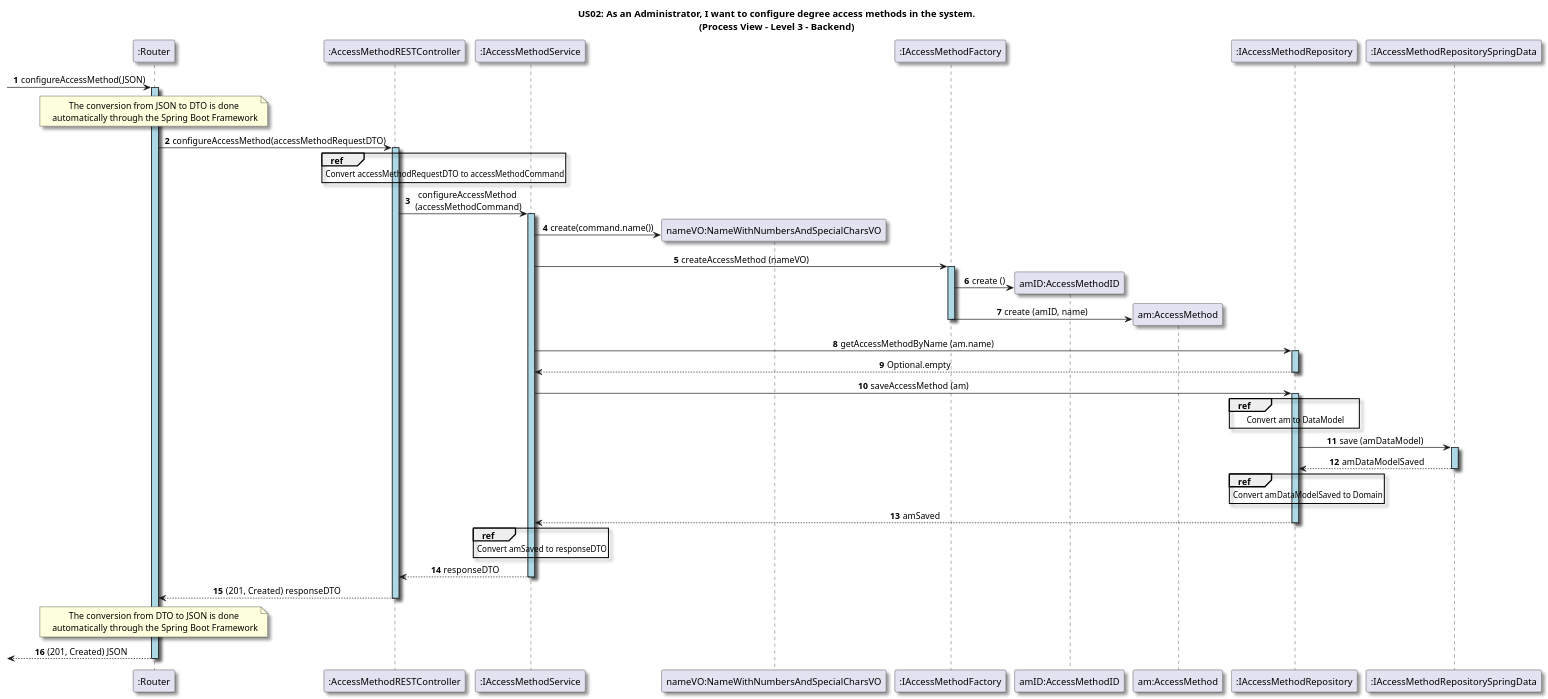
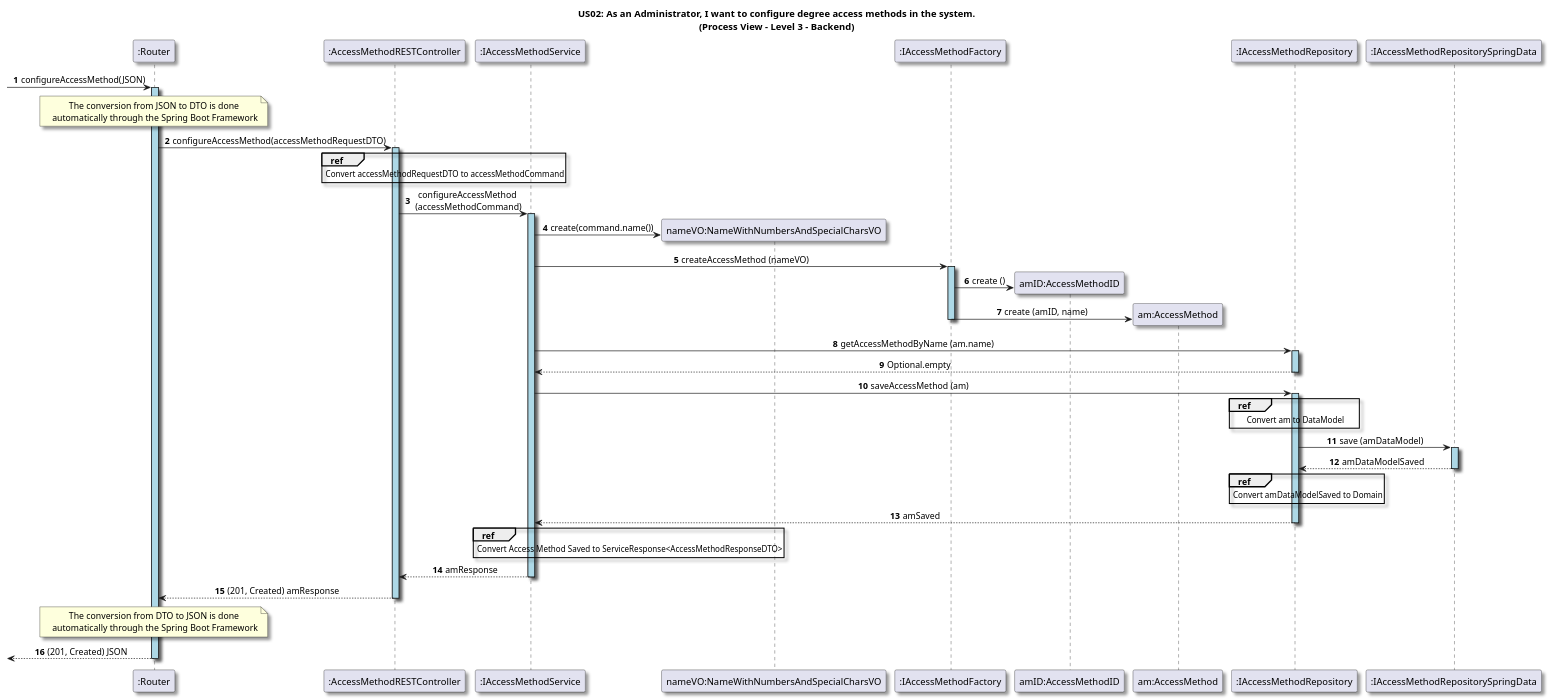
Before and after one commit to GasparISEP/DevOps-PAI: the diagram in docs/US02/Sprint6_RestAPI/ProcessView/Level3.puml, drawn with PlantUML.

Commit message:
docs (diagram): Update a process view diagram at level 3 granularity to configureAccessMethod functionality (#554, #538)

```diff
--- a/docs/US02/Sprint6_RestAPI/ProcessView/Level3.puml
+++ b/docs/US02/Sprint6_RestAPI/ProcessView/Level3.puml
@@ -1,85 +1,85 @@
 @startuml
 
 title US02: As an Administrator, I want to configure degree access methods in the system.\n(Process View - Level 3 - Backend)
 
 skinparam defaultTextAlignment center
 skinparam shadowing true
 
 
 autonumber
 
 participant ":Router" as router
 -> router: configureAccessMethod(JSON)
 activate router #LightBlue
 note over router: The conversion from JSON to DTO is done\n automatically through the Spring Boot Framework
 
 participant ":AccessMethodRESTController" as Controller
 router -> Controller: configureAccessMethod(accessMethodRequestDTO)
 activate Controller #LightBlue
 
 ref over Controller
     Convert accessMethodRequestDTO to accessMethodCommand
 end
 
 participant ":IAccessMethodService" as service
 Controller -> service: configureAccessMethod\n (accessMethodCommand)
 activate service #LightBlue
 
 create "nameVO:NameWithNumbersAndSpecialCharsVO"
 service -> "nameVO:NameWithNumbersAndSpecialCharsVO": create(command.name())
 
 participant ":IAccessMethodFactory" as Factory
 service -> Factory: createAccessMethod (nameVO)
 activate Factory #LightBlue 
 
 create "amID:AccessMethodID"
 Factory -> "amID:AccessMethodID": create ()
 
 create "am:AccessMethod"
 Factory -> "am:AccessMethod": create (amID, name)
 deactivate Factory
 
 participant ":IAccessMethodRepository" as Repository
 service -> Repository: getAccessMethodByName (am.name)
 activate Repository #LightBlue 
 Repository --> service: Optional.empty
 deactivate Repository
 
 service -> Repository: saveAccessMethod (am)
 activate Repository #LightBlue 
 
 ref over Repository
     Convert am to DataModel
 end
 
 participant ":IAccessMethodRepositorySpringData" as springDataRepository
 Repository -> springDataRepository: save (amDataModel)
 activate springDataRepository #LightBlue 
 springDataRepository --> Repository : amDataModelSaved
 deactivate springDataRepository
 
 ref over Repository
     Convert amDataModelSaved to Domain
 end
 
 Repository --> service: amSaved
 deactivate Repository
 
-'create "responseDTO:Assembler" as Assembler2
-'service -> Assembler2: VO2ResponseDTO (amSaved)
+
 ref over service
-    Convert amSaved to responseDTO
+    Convert Access Method Saved to ServiceResponse<AccessMethodResponseDTO>
 end
-service --> Controller: responseDTO
+
+service --> Controller: amResponse
 
 deactivate service
 
-Controller --> router: (201, Created) responseDTO
+Controller --> router: (201, Created) amResponse
 deactivate Controller
 
 note over router: The conversion from DTO to JSON is done\n automatically through the Spring Boot Framework
 
 <-- router: (201, Created) JSON
 deactivate router
 
 @enduml
```
